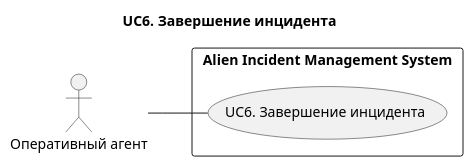
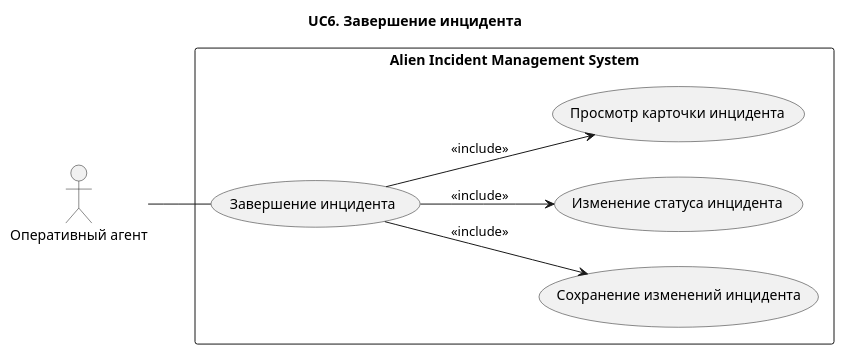
Before and after one commit to Andryss/AIMS: the diagram in docs/use-case/UC6.md, drawn with PlantUML. The commit also changed other lines of this file and 23 other files, not shown here.

Commit message:
docs: refine use-case diagrams and centralize rendering commands

````diff
--- a/docs/use-case/UC6.md
+++ b/docs/use-case/UC6.md
@@ -3,15 +5,25 @@
 ```plantuml
 @startuml
 title UC6. Завершение инцидента
 left to right direction
 
 actor "Оперативный агент" as Agent
 
 rectangle "Alien Incident Management System" {
-  usecase "UC6. Завершение инцидента" as UC6
+
+(Завершение инцидента) as UC11
+
+(Сохранение изменений инцидента) as UC115
+(Изменение статуса инцидента) as UC114
+(Просмотр карточки инцидента) as UC111
+
 }
 
-Agent -- UC6
+Agent -- UC11
+
+UC11 --> UC111 : <<include>>
+UC11 --> UC114 : <<include>>
+UC11 --> UC115 : <<include>>
 
 @enduml
 ```
````
